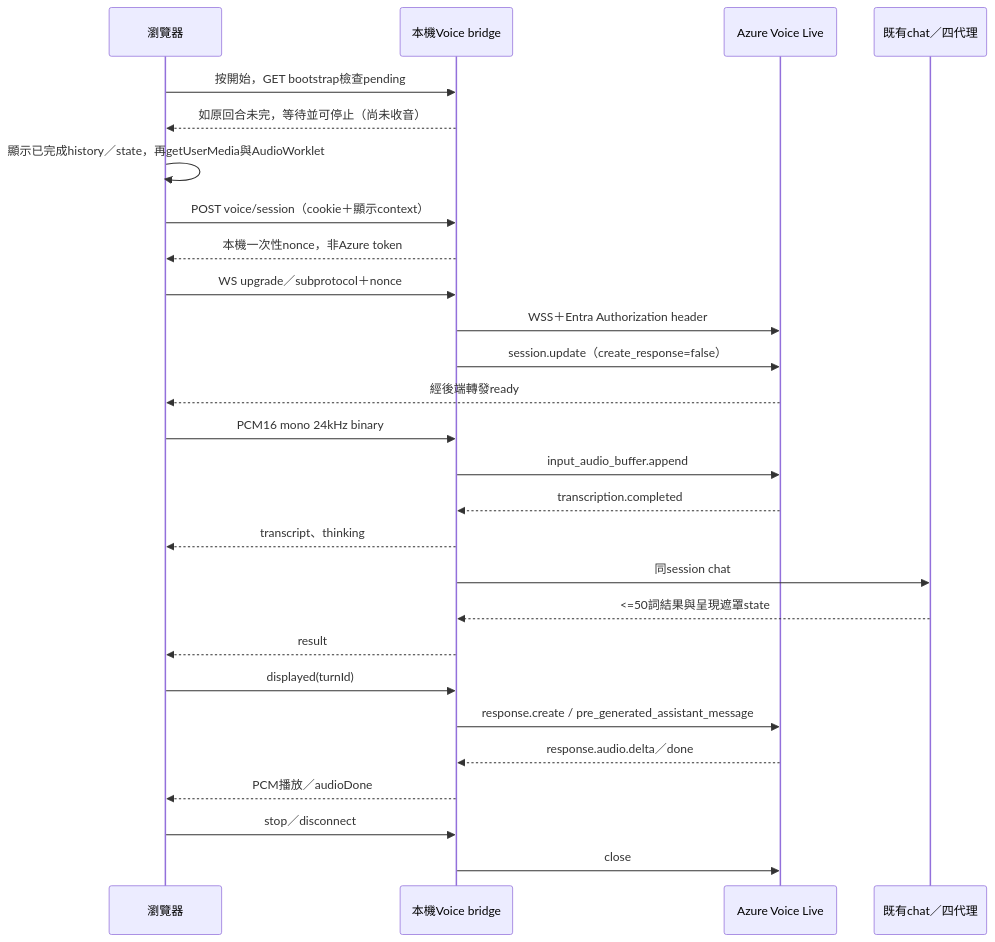
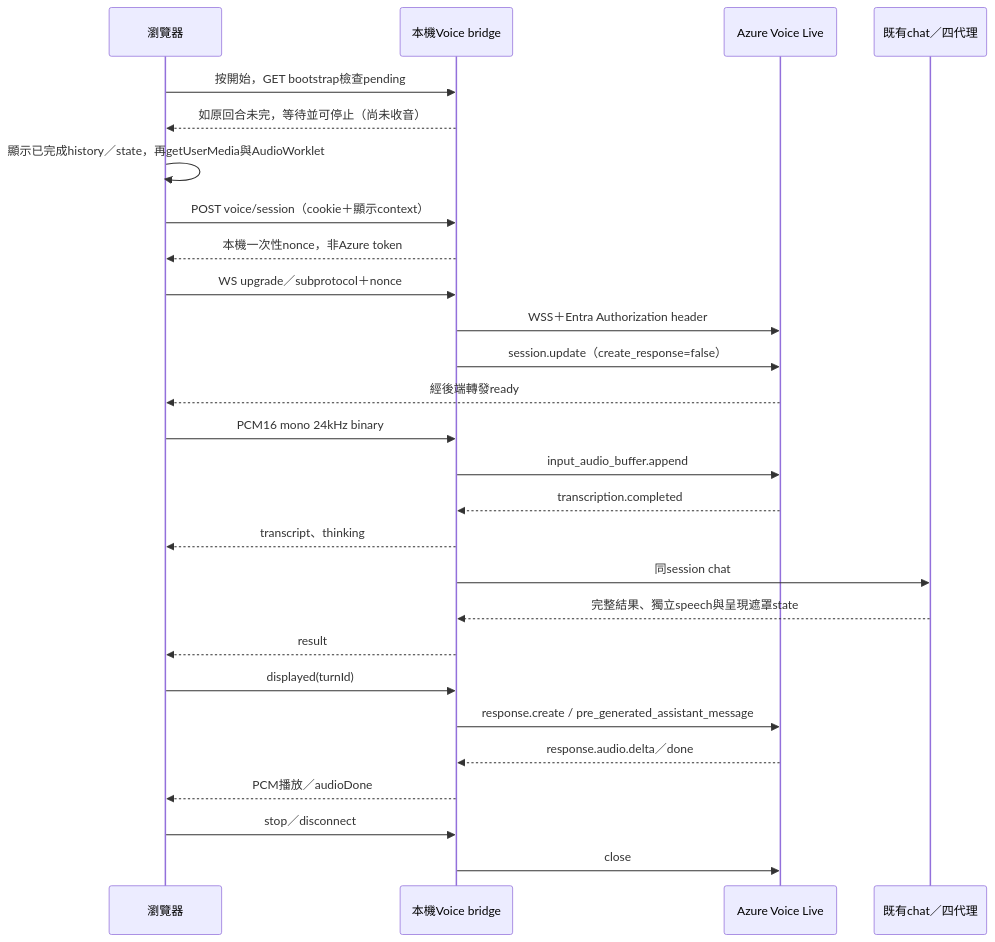
The fourth of 4 diagrams in docs/SYSTEM-DESIGN.md (punmeng/travel-agent-with-voice-live), drawn with Mermaid before and after one commit. The commit also changed other lines of this file and 60 other files, not shown here.

First line of the commit message:
Consolidate shared journey and voice flows with review cleanup

````diff
--- a/docs/SYSTEM-DESIGN.md
+++ b/docs/SYSTEM-DESIGN.md
@@ -333,29 +334,29 @@
 ```mermaid
 sequenceDiagram
   participant B as 瀏覽器
   participant S as 本機Voice bridge
   participant V as Azure Voice Live
   participant F as 既有chat／四代理
   B->>S: 按開始，GET bootstrap檢查pending
   S-->>B: 如原回合未完，等待並可停止（尚未收音）
   B->>B: 顯示已完成history／state，再getUserMedia與AudioWorklet
   B->>S: POST voice/session（cookie＋顯示context）
   S-->>B: 本機一次性nonce，非Azure token
   B->>S: WS upgrade／subprotocol＋nonce
   S->>V: WSS＋Entra Authorization header
   S->>V: session.update（create_response=false）
   V-->>B: 經後端轉發ready
   B->>S: PCM16 mono 24kHz binary
   S->>V: input_audio_buffer.append
   V-->>S: transcription.completed
   S-->>B: transcript、thinking
   S->>F: 同session chat
-  F-->>S: <=50詞結果與呈現遮罩state
+  F-->>S: 完整結果、獨立speech與呈現遮罩state
   S-->>B: result
   B->>S: displayed(turnId)
   S->>V: response.create / pre_generated_assistant_message
   V-->>S: response.audio.delta／done
   S-->>B: PCM播放／audioDone
   B->>S: stop／disconnect
   S->>V: close
 ```
````
